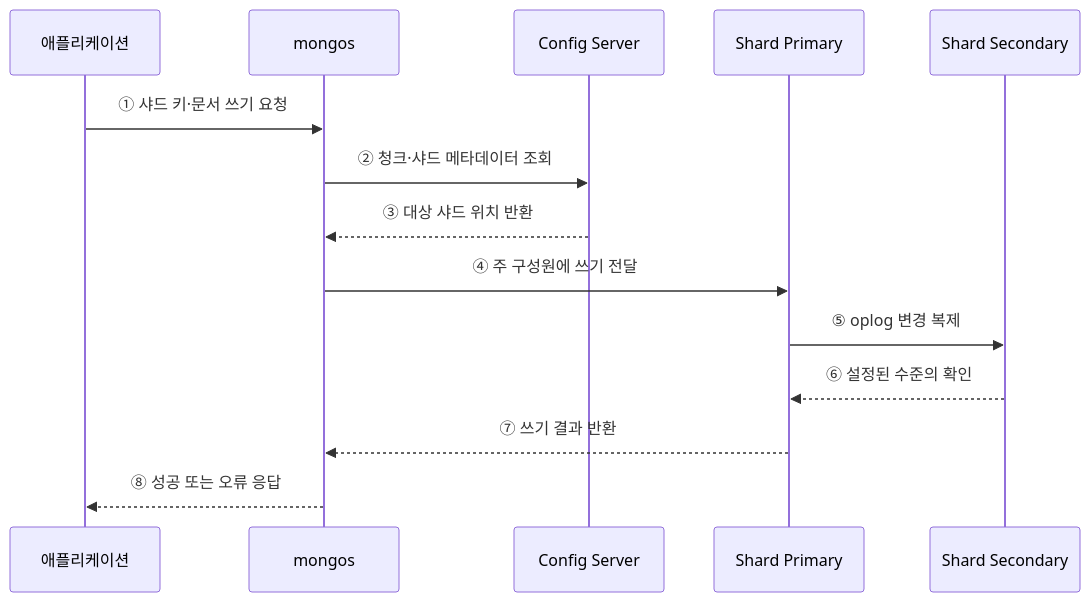
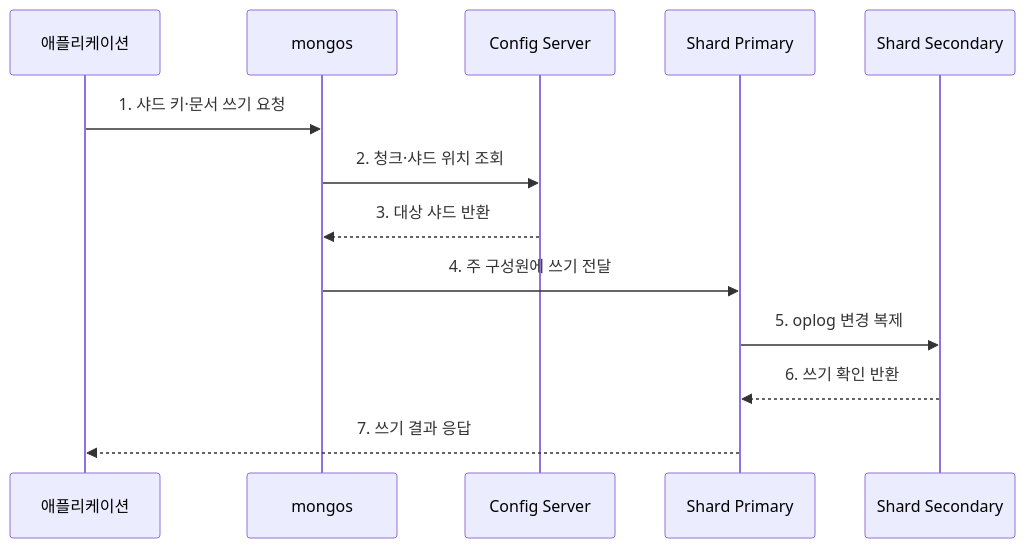
Before and after one commit to agnusdei1207/knowledge-base: the second of 2 diagrams in src/content/docs/notes/03-software/106_mongodb_document_database.md, drawn with Mermaid. The commit also changed other lines of this file and 20 other files, not shown here.

````diff
--- a/src/content/docs/notes/03-software/106_mongodb_document_database.md
+++ b/src/content/docs/notes/03-software/106_mongodb_document_database.md
@@ -70,16 +77,15 @@
 ```mermaid
 sequenceDiagram
     participant A as 애플리케이션
     participant M as mongos
     participant C as Config Server
     participant P as Shard Primary
     participant S as Shard Secondary
-    A->>M: ① 샤드 키·문서 쓰기 요청
-    M->>C: ② 청크·샤드 메타데이터 조회
-    C-->>M: ③ 대상 샤드 위치 반환
-    M->>P: ④ 주 구성원에 쓰기 전달
-    P->>S: ⑤ oplog 변경 복제
-    S-->>P: ⑥ 설정된 수준의 확인
-    P-->>M: ⑦ 쓰기 결과 반환
-    M-->>A: ⑧ 성공 또는 오류 응답
+    A->>M: 1. 샤드 키·문서 쓰기 요청
+    M->>C: 2. 청크·샤드 위치 조회
+    C-->>M: 3. 대상 샤드 반환
+    M->>P: 4. 주 구성원에 쓰기 전달
+    P->>S: 5. oplog 변경 복제
+    S-->>P: 6. 쓰기 확인 반환
+    P-->>A: 7. 쓰기 결과 응답
 ```
````
